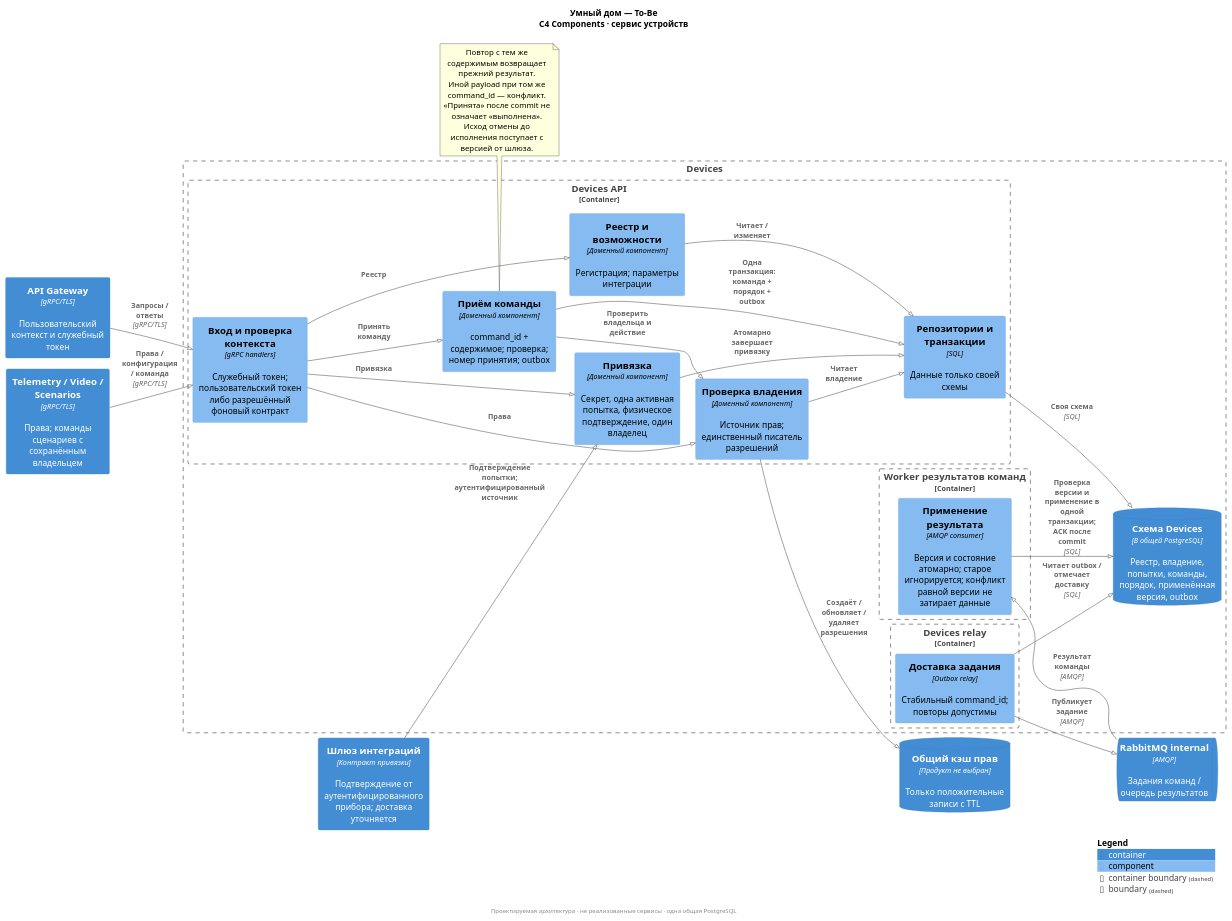
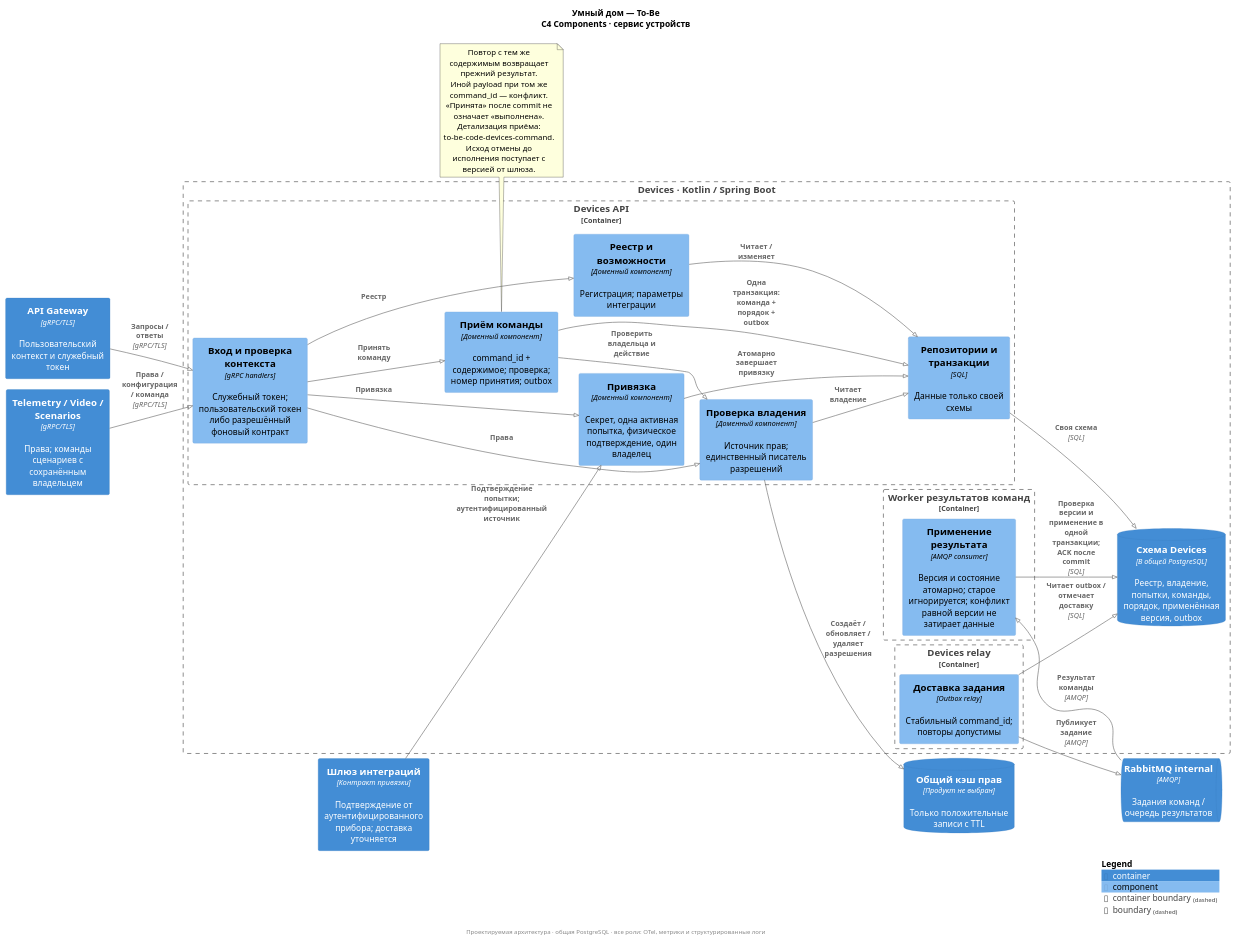
One commit to avitamin/architecture-pro-warmhouse changed the diagram in schemas/to-be-components-devices.puml. Above: the diagram before and after it, drawn with PlantUML. The commit also changed 30 other files, not shown here.

Commit message:
Complete task 2 C4 architecture and technology decisions

```diff
--- a/schemas/to-be-components-devices.puml
+++ b/schemas/to-be-components-devices.puml
@@ -1,65 +1,66 @@
 @startuml to-be-components-devices
 !pragma layout smetana
 !include <C4/C4_Component>
 LAYOUT_LEFT_RIGHT()
 skinparam defaultFontName SansSerif
 skinparam shadowing false
 skinparam wrapWidth 180
 skinparam maxMessageSize 100
 skinparam nodesep 35
 skinparam ranksep 65
 title
 Умный дом — To-Be
 C4 Components · сервис устройств
 end title
 
 Container(edge, "API Gateway", "gRPC/TLS", "Пользовательский контекст и служебный токен")
 Container(callers, "Telemetry / Video / Scenarios", "gRPC/TLS", "Права; команды сценариев с сохранённым владельцем")
 Container(ig, "Шлюз интеграций", "Контракт привязки", "Подтверждение от аутентифицированного прибора; доставка уточняется")
 ContainerQueue(broker, "RabbitMQ internal", "AMQP", "Задания команд / очередь результатов")
 ContainerDb(cache, "Общий кэш прав", "Продукт не выбран", "Только положительные записи с TTL")
-Boundary(service, "Devices") {
+Boundary(service, "Devices · Kotlin / Spring Boot") {
   Container_Boundary(api, "Devices API") {
     Component(auth, "Вход и проверка контекста", "gRPC handlers", "Служебный токен; пользовательский токен либо разрешённый фоновый контракт")
     Component(registry, "Реестр и возможности", "Доменный компонент", "Регистрация; параметры интеграции")
     Component(binding, "Привязка", "Доменный компонент", "Секрет, одна активная попытка, физическое подтверждение, один владелец")
     Component(access, "Проверка владения", "Доменный компонент", "Источник прав; единственный писатель разрешений")
     Component(commands, "Приём команды", "Доменный компонент", "command_id + содержимое; проверка; номер принятия; outbox")
     Component(repo, "Репозитории и транзакции", "SQL", "Данные только своей схемы")
   }
   Container_Boundary(resultrole, "Worker результатов команд") {
     Component(results, "Применение результата", "AMQP consumer", "Версия и состояние атомарно; старое игнорируется; конфликт равной версии не затирает данные")
   }
   Container_Boundary(relayrole, "Devices relay") {
     Component(relay, "Доставка задания", "Outbox relay", "Стабильный command_id; повторы допустимы")
   }
   ContainerDb(db, "Схема Devices", "В общей PostgreSQL", "Реестр, владение, попытки, команды, порядок, применённая версия, outbox")
 }
 Rel(edge, auth, "Запросы / ответы", "gRPC/TLS")
 Rel(callers, auth, "Права / конфигурация / команда", "gRPC/TLS")
 Rel(ig, binding, "Подтверждение попытки; аутентифицированный источник")
 Rel(auth, registry, "Реестр")
 Rel(auth, binding, "Привязка")
 Rel(auth, access, "Права")
 Rel(auth, commands, "Принять команду")
 Rel(commands, access, "Проверить владельца и действие")
 Rel(registry, repo, "Читает / изменяет")
 Rel(binding, repo, "Атомарно завершает привязку")
 Rel(access, repo, "Читает владение")
 Rel(access, cache, "Создаёт / обновляет / удаляет разрешения")
 Rel(commands, repo, "Одна транзакция: команда + порядок + outbox")
 Rel(repo, db, "Своя схема", "SQL")
 Rel(broker, results, "Результат команды", "AMQP")
 Rel(results, db, "Проверка версии и применение в одной транзакции; ACK после commit", "SQL")
 Rel(relay, db, "Читает outbox / отмечает доставку", "SQL")
 Rel(relay, broker, "Публикует задание", "AMQP")
 note bottom of commands
   Повтор с тем же содержимым возвращает прежний результат.
   Иной payload при том же command_id — конфликт.
   «Принята» после commit не означает «выполнена».
+  Детализация приёма: to-be-code-devices-command.
   Исход отмены до исполнения поступает с версией от шлюза.
 end note
 
 SHOW_LEGEND()
-footer Проектируемая архитектура · не реализованные сервисы · одна общая PostgreSQL
+footer Проектируемая архитектура · общая PostgreSQL · все роли: OTel, метрики и структурированные логи
 @enduml
```
